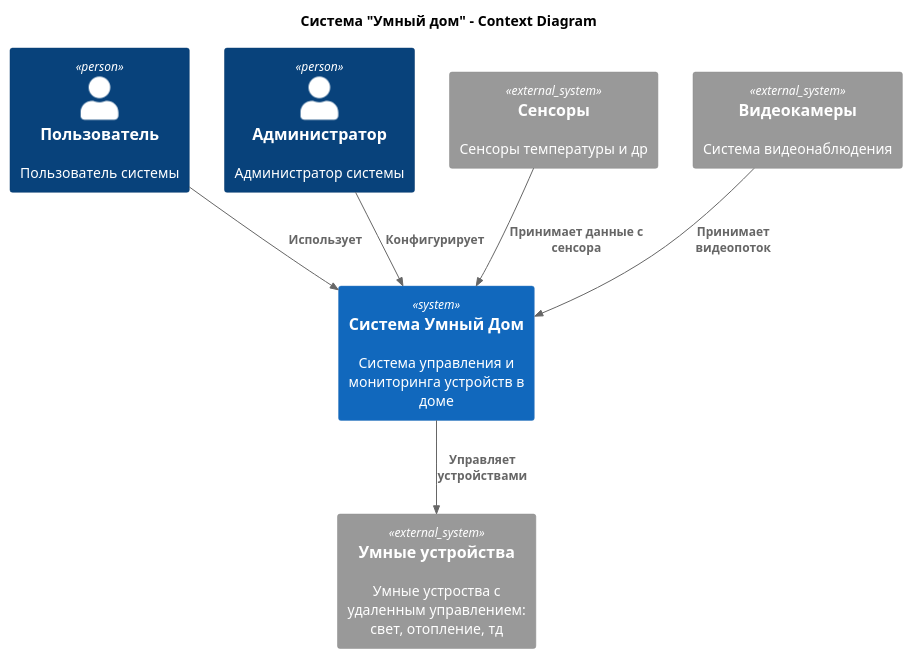
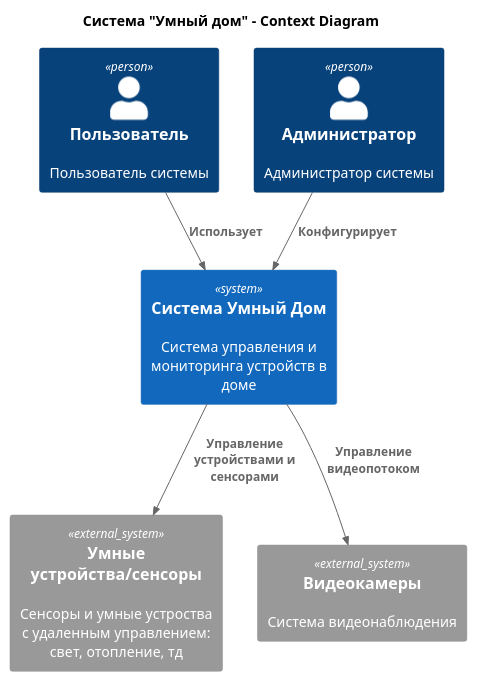
One commit to roman-timo/architecture-sprint-3 changed the diagram in C4/Context_System.puml. Above: the diagram before and after it, drawn with PlantUML.

```diff
--- a/C4/Context_System.puml
+++ b/C4/Context_System.puml
@@ -1,22 +1,20 @@
 @startuml
 title Система "Умный дом" - Context Diagram
 
 top to bottom direction
 
 !includeurl https://raw.githubusercontent.com/RicardoNiepel/C4-PlantUML/master/C4_Component.puml
 
 Person(user, "Пользователь", "Пользователь системы")
 Person(admin, "Администратор", "Администратор системы")
 System(SmartHouse, "Система Умный Дом", "Система управления и мониторинга устройств в доме")
 
-System_Ext(SmartDevices, "Умные устройства", "Умные устроства с удаленным управлением: свет, отопление, тд")
-System_Ext(sensors, "Сенсоры", "Сенсоры температуры и др")
+System_Ext(SmartDevices, "Умные устройства/сенсоры", "Сенсоры и умные устроства с удаленным управлением: свет, отопление, тд")
 System_Ext(video, "Видеокамеры", "Система видеонаблюдения")
 
 Rel(user, SmartHouse, "Использует")
 Rel(admin, SmartHouse,"Конфигурирует")
-Rel(SmartHouse, SmartDevices,"Управляет устройствами")
-Rel(sensors, SmartHouse,"Принимает данные с сенсора")
-Rel(video, SmartHouse,"Принимает видеопоток")
+Rel(SmartHouse, SmartDevices,"Управление устройствами и сенсорами")
+Rel(SmartHouse, video, "Управление видеопотоком")
 
 @enduml
```
